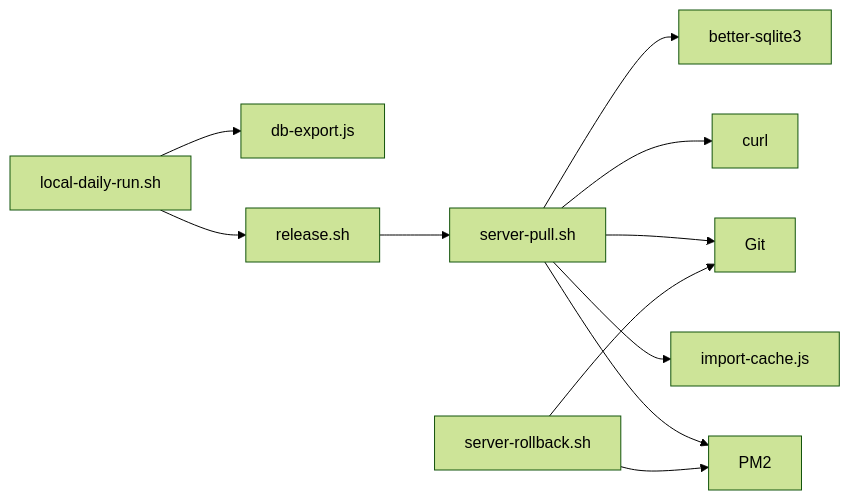
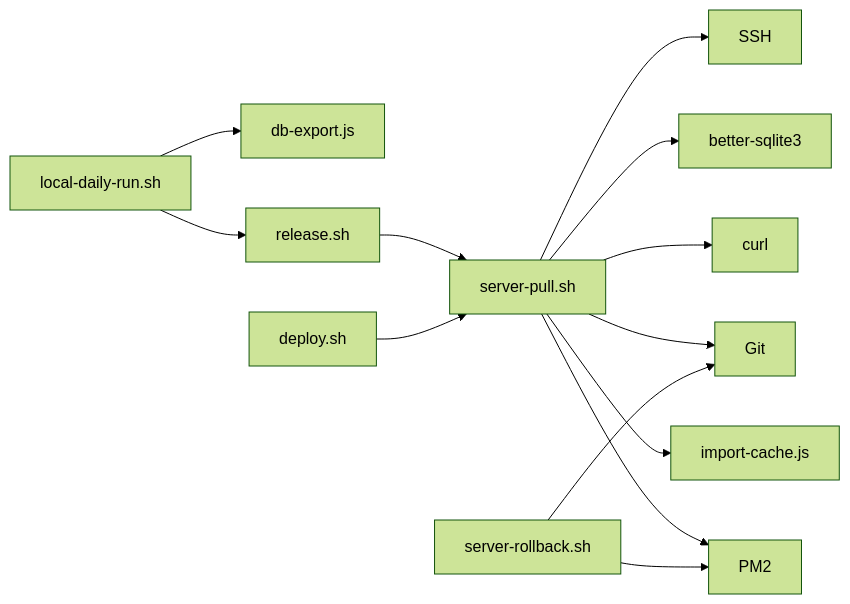
One commit to ititjjy/AITrip-plan changed the fifth of 5 diagrams in .qoder/repowiki/zh/content/部署与运维/自动化脚本.md. Above: the diagram before and after it, drawn with Mermaid (forest theme). The commit also changed other lines of this file and 28 other files, not shown here.

````diff
--- a/.qoder/repowiki/zh/content/部署与运维/自动化脚本.md
+++ b/.qoder/repowiki/zh/content/部署与运维/自动化脚本.md
@@ -282,13 +341,15 @@
 ```mermaid
 graph LR
 LDR["local-daily-run.sh"] --> DE["db-export.js"]
 LDR --> REL["release.sh"]
 REL --> SRV["server-pull.sh"]
+DEP["deploy.sh"] --> SRV
 SRV --> IMP["import-cache.js"]
 SRV --> PM2["PM2"]
 SRV --> GIT["Git"]
 SRV --> CURL["curl"]
 SRV --> SQLITE["better-sqlite3"]
+SRV --> SSH["SSH"]
 ROLL["server-rollback.sh"] --> PM2
 ROLL --> GIT
 ```
````
